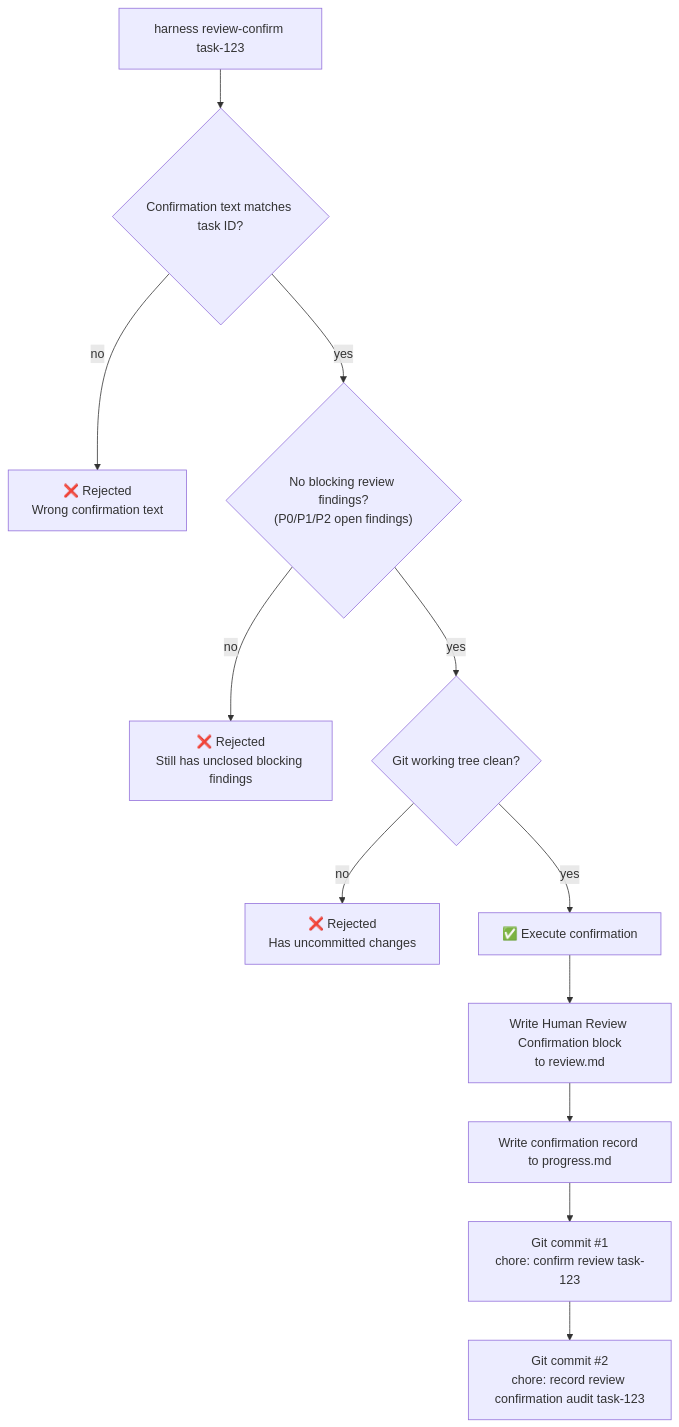
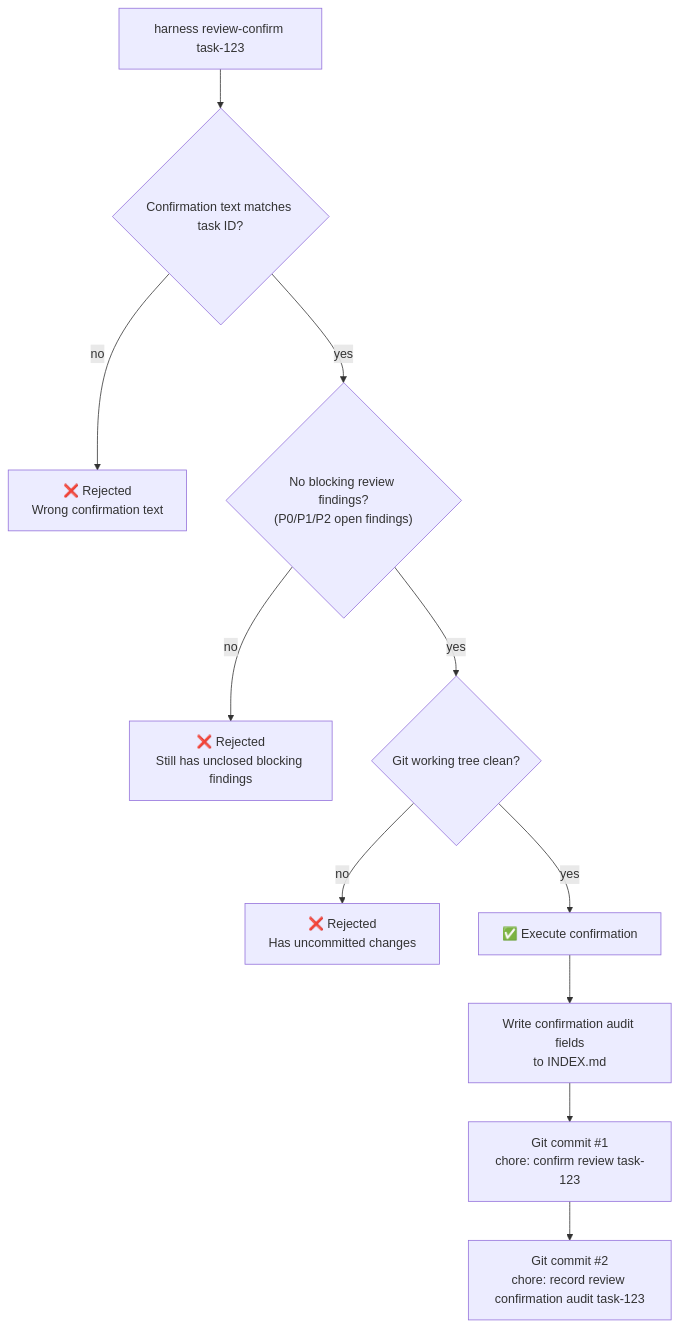
The fourth of 6 diagrams in docs-release/architecture/system-explainer/en-US/03-task-lifecycle.md (FairladyZ625/coding-agent-harness), drawn with Mermaid before and after one commit. The commit also changed other lines of this file and 40 other files, not shown here.

Commit message:
feat(harness): migrate task audit metadata to index

````diff
--- a/docs-release/architecture/system-explainer/en-US/03-task-lifecycle.md
+++ b/docs-release/architecture/system-explainer/en-US/03-task-lifecycle.md
@@ -97,17 +97,16 @@
 ```mermaid
 flowchart TD
   Trigger["harness review-confirm task-123"]
 
   Trigger --> C1{"Confirmation text matches task ID?"}
   C1 -->|"no"| E1["❌ Rejected\nWrong confirmation text"]
   C1 -->|"yes"| C2{"No blocking review findings?\n(P0/P1/P2 open findings)"}
   C2 -->|"no"| E2["❌ Rejected\nStill has unclosed blocking findings"]
   C2 -->|"yes"| C3{"Git working tree clean?"}
   C3 -->|"no"| E3["❌ Rejected\nHas uncommitted changes"]
   C3 -->|"yes"| Exec["✅ Execute confirmation"]
 
-  Exec --> Write1["Write Human Review Confirmation block\nto review.md"]
-  Write1 --> Write2["Write confirmation record to progress.md"]
-  Write2 --> Commit1["Git commit #1\nchore: confirm review task-123"]
+  Exec --> Write1["Write confirmation audit fields\nto INDEX.md"]
+  Write1 --> Commit1["Git commit #1\nchore: confirm review task-123"]
   Commit1 --> Commit2["Git commit #2\nchore: record review confirmation audit task-123"]
 ```
````
